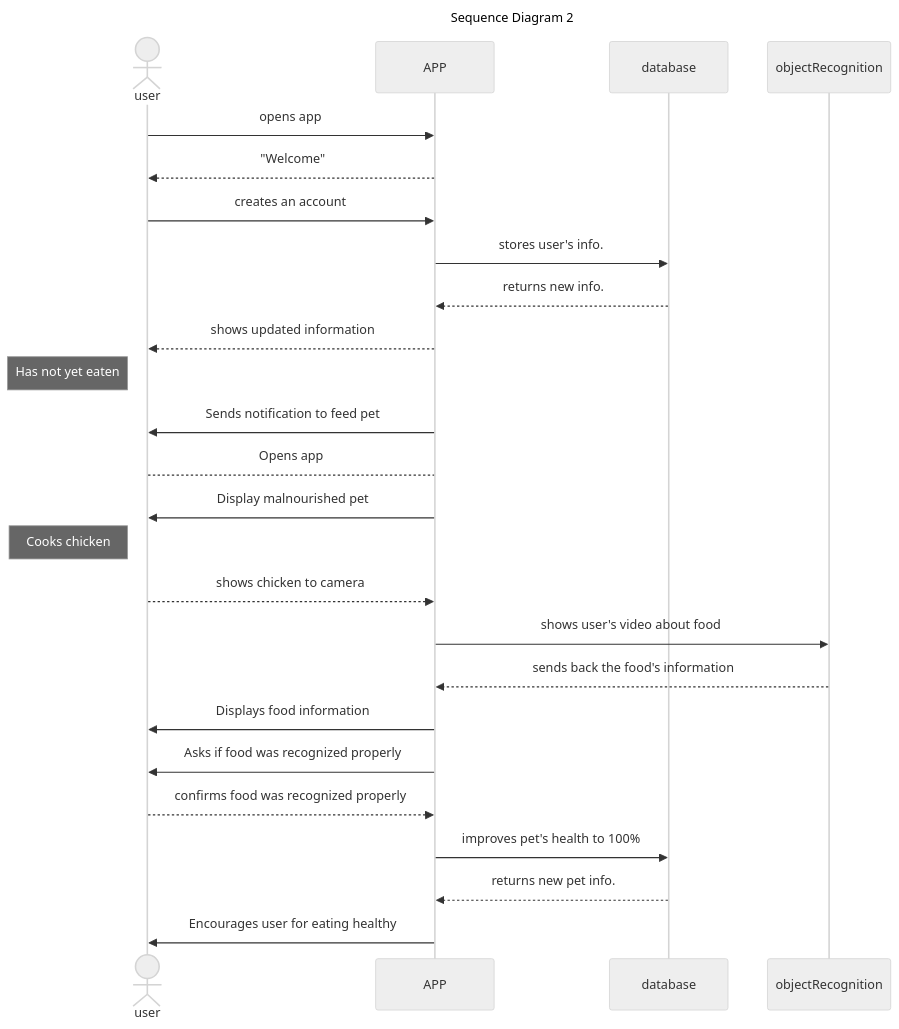
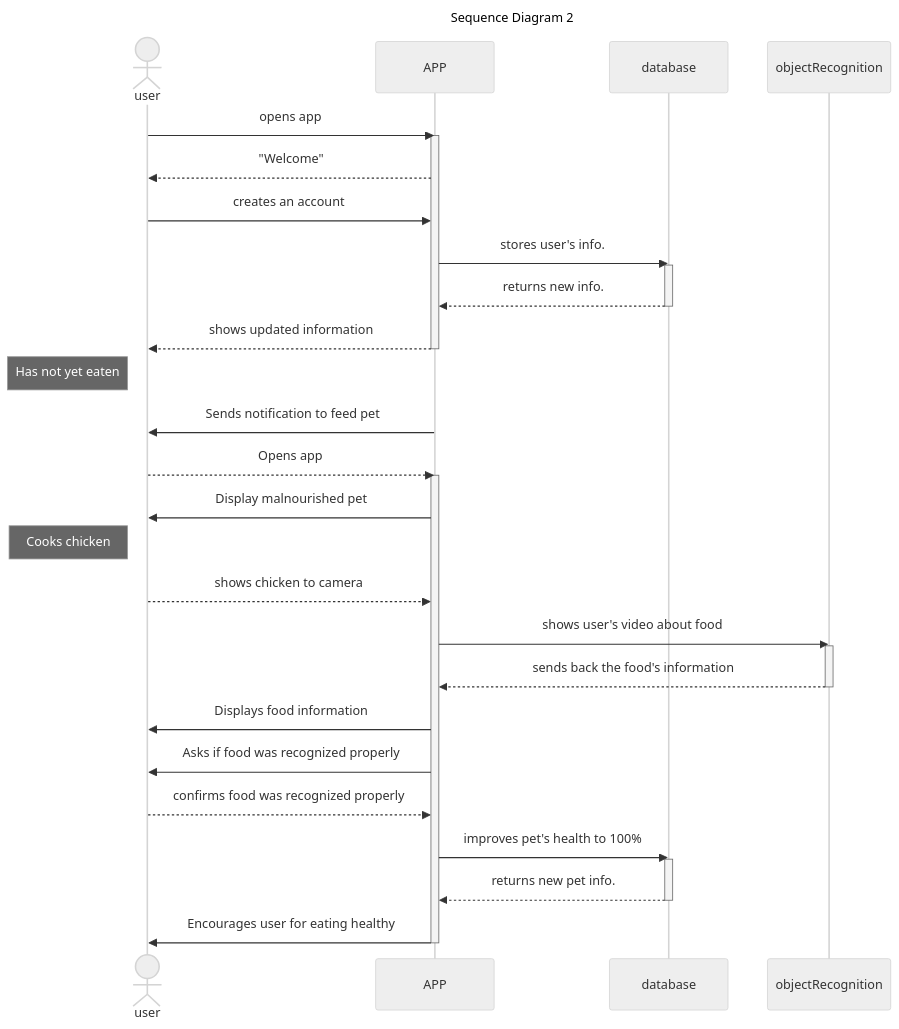
Before and after one commit to Capstone-Projects-2023-Fall/project-ar-pet-pals: the second of 8 diagrams in documentation/docs/system-architecture/sequence-diagrams.md, drawn with Mermaid (neutral theme). The commit also changed other lines of this file, not shown here.

Commit message:
edit sequence diagrams

````diff
--- a/documentation/docs/system-architecture/sequence-diagrams.md
+++ b/documentation/docs/system-architecture/sequence-diagrams.md
@@ -57,33 +62,43 @@
 ```mermaid
 sequenceDiagram
     title Sequence Diagram 2
 
     actor user
 
-    %% user->>+appstore: requests app
-    %% appstore-->>-user: downloads and installs app
-
     user->>APP: opens app
+    activate APP
     APP-->>user: "Welcome"
 
     user->>APP: creates an account
     APP->>database: stores user's info.
+    activate database
     database-->>APP: returns new info.
+    deactivate database
+
     APP-->>user: shows updated information
+    deactivate APP
     Note left of user: Has not yet eaten
 
     APP->>user: Sends notification to feed pet
-    user-->APP: Opens app
+    user-->>APP: Opens app
+    activate APP
     APP->>user: Display malnourished pet
     Note left of user: Cooks chicken
     user-->>APP: shows chicken to camera
     APP->>objectRecognition: shows user's video about food
+    activate objectRecognition
     objectRecognition-->>APP: sends back the food's information
+    deactivate objectRecognition
+
     APP->>user: Displays food information
     APP->>user: Asks if food was recognized properly
     user-->>APP: confirms food was recognized properly
     APP->>database: improves pet's health to 100%
+    activate database
     database-->>APP: returns new pet info.
+    deactivate database
+
     APP->>user: Encourages user for eating healthy
+    deactivate APP
 
 ```
````
